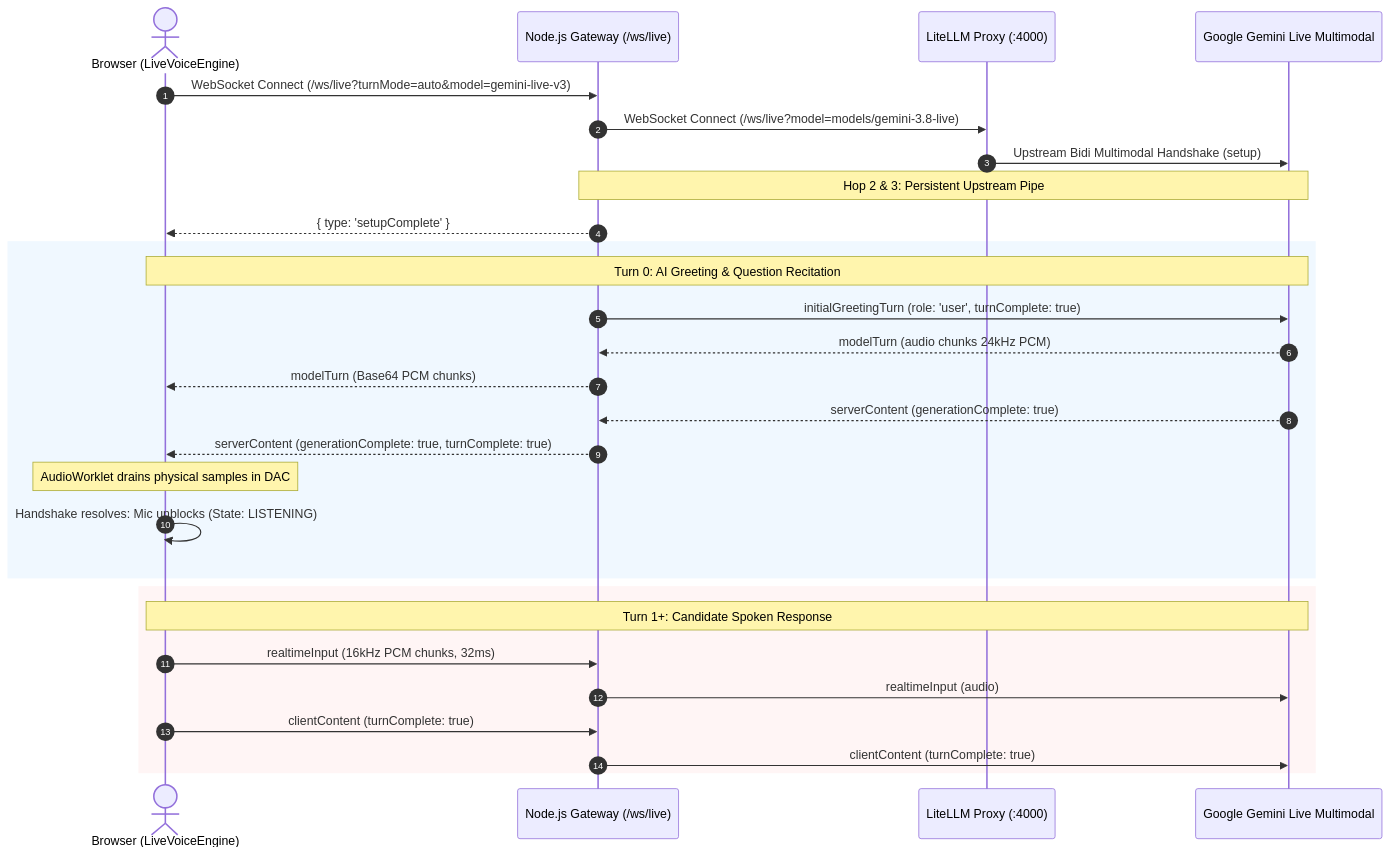
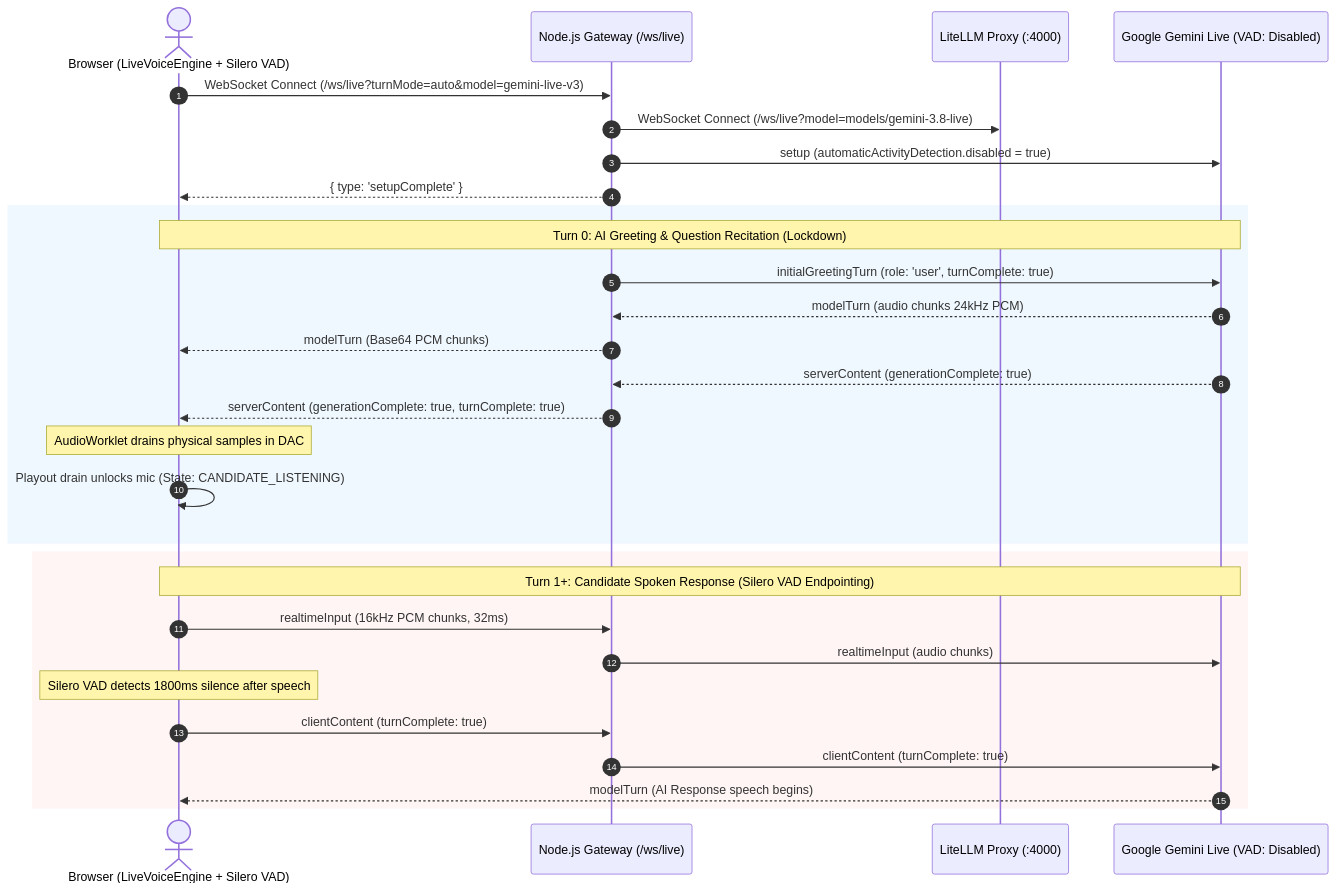
One commit to iliaIz/interview_tutor changed the diagram in docs/architecture/specs/AUTO_VAD_LIVE_AUDIO_SPECIFICATION.md. Above: the diagram before and after it, drawn with Mermaid. The commit also changed other lines of this file and 15 other files, not shown here.

Commit message:
feat(voice): implement Client-Authoritative Duplex with Silero VAD v5 WASM and formal Statechart

````diff
--- a/docs/architecture/specs/AUTO_VAD_LIVE_AUDIO_SPECIFICATION.md
+++ b/docs/architecture/specs/AUTO_VAD_LIVE_AUDIO_SPECIFICATION.md
@@ -14,33 +17,34 @@
 ```mermaid
 sequenceDiagram
     autonumber
-    actor Candidate as Browser (LiveVoiceEngine)
+    actor Candidate as Browser (LiveVoiceEngine + Silero VAD)
     participant Backend as Node.js Gateway (/ws/live)
     participant LiteLLM as LiteLLM Proxy (:4000)
-    participant Gemini as Google Gemini Live Multimodal
+    participant Gemini as Google Gemini Live (VAD: Disabled)
 
     Candidate->>Backend: WebSocket Connect (/ws/live?turnMode=auto&model=gemini-live-v3)
     Backend->>LiteLLM: WebSocket Connect (/ws/live?model=models/gemini-3.8-live)
-    LiteLLM->>Gemini: Upstream Bidi Multimodal Handshake (setup)
-    Note over Backend,Gemini: Hop 2 & 3: Persistent Upstream Pipe
+    Backend->>Gemini: setup (automaticActivityDetection.disabled = true)
     Backend-->>Candidate: { type: 'setupComplete' }
     
     rect rgb(240, 248, 255)
-    Note over Candidate,Gemini: Turn 0: AI Greeting & Question Recitation
+    Note over Candidate,Gemini: Turn 0: AI Greeting & Question Recitation (Lockdown)
     Backend->>Gemini: initialGreetingTurn (role: 'user', turnComplete: true)
     Gemini-->>Backend: modelTurn (audio chunks 24kHz PCM)
     Backend-->>Candidate: modelTurn (Base64 PCM chunks)
     Gemini-->>Backend: serverContent (generationComplete: true)
     Backend-->>Candidate: serverContent (generationComplete: true, turnComplete: true)
     Note over Candidate: AudioWorklet drains physical samples in DAC
-    Candidate->>Candidate: Handshake resolves: Mic unblocks (State: LISTENING)
+    Candidate->>Candidate: Playout drain unlocks mic (State: CANDIDATE_LISTENING)
     end
 
     rect rgb(255, 245, 245)
-    Note over Candidate,Gemini: Turn 1+: Candidate Spoken Response
+    Note over Candidate,Gemini: Turn 1+: Candidate Spoken Response (Silero VAD Endpointing)
     Candidate->>Backend: realtimeInput (16kHz PCM chunks, 32ms)
-    Backend->>Gemini: realtimeInput (audio)
+    Backend->>Gemini: realtimeInput (audio chunks)
+    Note over Candidate: Silero VAD detects 1800ms silence after speech
     Candidate->>Backend: clientContent (turnComplete: true)
     Backend->>Gemini: clientContent (turnComplete: true)
+    Gemini-->>Candidate: modelTurn (AI Response speech begins)
     end
 ```
````
